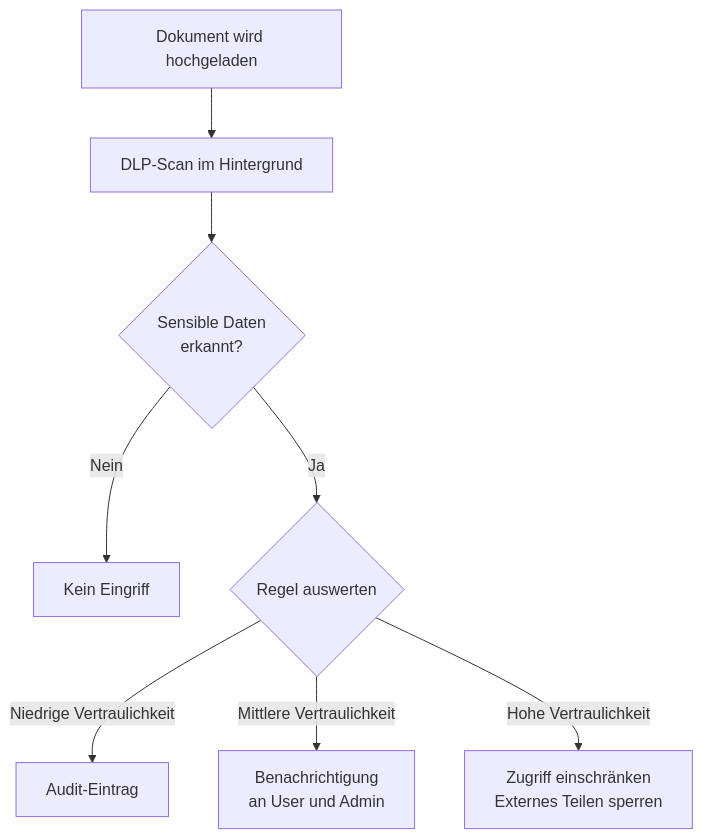
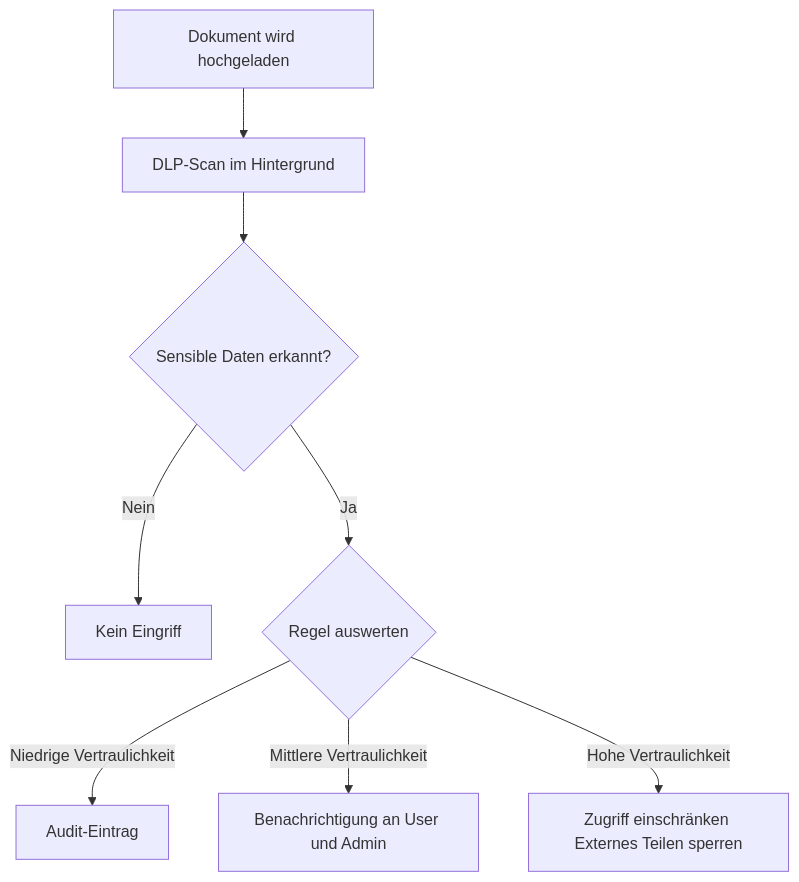
One commit to SoniiiT/notes-n-docs changed the fourth of 4 diagrams in Microsoft 365/SharePoint OneDrive/SharePoint Governance.md. Above: the diagram before and after it, drawn with Mermaid. The commit also changed other lines of this file and 124 other files, not shown here.

First line of the commit message:
fix: Entferne \n aus allen Mermaid-Diagrammen (125 Dateien)

````diff
--- a/Microsoft 365/SharePoint OneDrive/SharePoint Governance.md
+++ b/Microsoft 365/SharePoint OneDrive/SharePoint Governance.md
@@ -367,10 +367,10 @@
 ```mermaid
 flowchart TD
     A[Dokument wird hochgeladen] --> B[DLP-Scan im Hintergrund]
-    B --> C{Sensible Daten\nerkannt?}
+    B --> C{Sensible Daten erkannt?}
     C -->|Nein| D[Kein Eingriff]
     C -->|Ja| E{Regel auswerten}
     E -->|Niedrige Vertraulichkeit| F[Audit-Eintrag]
-    E -->|Mittlere Vertraulichkeit| G[Benachrichtigung\nan User und Admin]
-    E -->|Hohe Vertraulichkeit| H[Zugriff einschränken\nExternes Teilen sperren]
+    E -->|Mittlere Vertraulichkeit| G[Benachrichtigung an User und Admin]
+    E -->|Hohe Vertraulichkeit| H[Zugriff einschränken Externes Teilen sperren]
 ```
````
